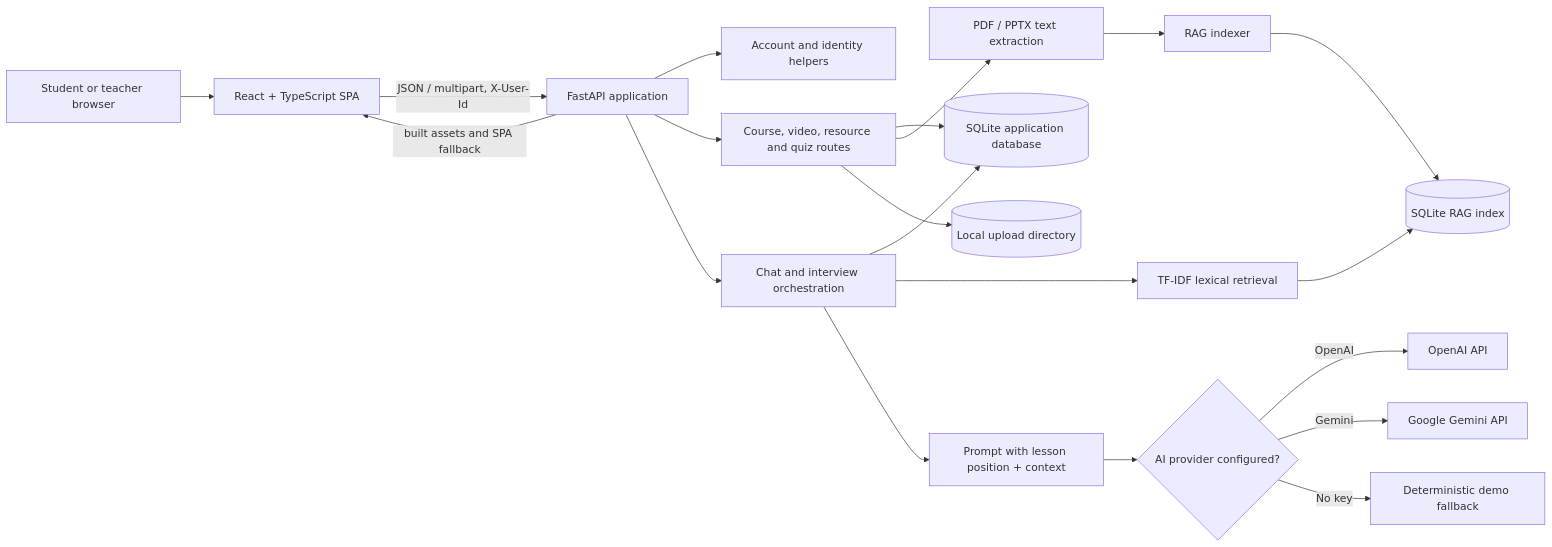
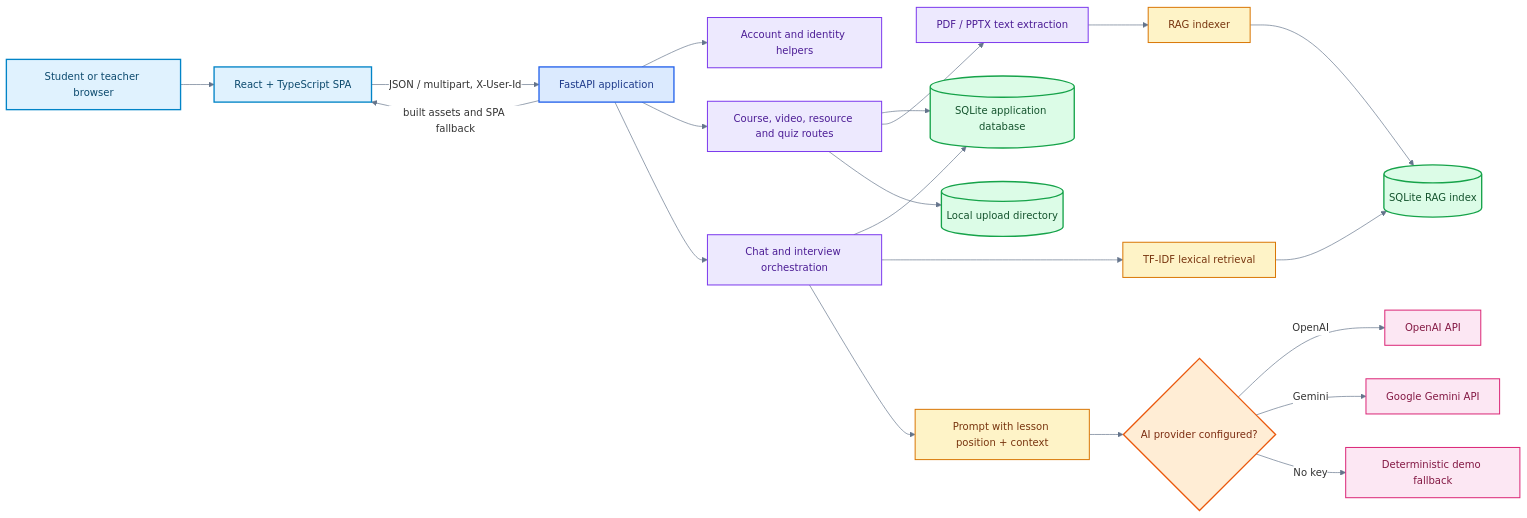
Before and after one commit to Shekhar-Kumar576/LearnSphere: the diagram in README.md, drawn with Mermaid.

````diff
--- a/README.md
+++ b/README.md
@@ -51,22 +51,38 @@
 ```mermaid
+%%{init: {"theme": "base", "themeVariables": {"fontFamily": "Inter, Segoe UI, sans-serif", "fontSize": "15px", "lineColor": "#64748b", "textColor": "#172033", "mainBkg": "#ffffff", "nodeBorder": "#cbd5e1", "clusterBkg": "#f8fafc", "clusterBorder": "#cbd5e1", "edgeLabelBackground": "#ffffff"}}}%%
 flowchart LR
     Learner[Student or teacher browser] --> UI[React + TypeScript SPA]
     UI -->|JSON / multipart, X-User-Id| API[FastAPI application]
     API --> Auth[Account and identity helpers]
     API --> Content[Course, video, resource and quiz routes]
     API --> Tutor[Chat and interview orchestration]
     Content --> DB[(SQLite application database)]
     Tutor --> DB
     Content --> Extract[PDF / PPTX text extraction]
     Extract --> RAGIndex[RAG indexer]
     RAGIndex --> RAGDB[(SQLite RAG index)]
     Tutor --> Retriever[TF-IDF lexical retrieval]
     Retriever --> RAGDB
     Tutor --> Prompt[Prompt with lesson position + context]
     Prompt --> Provider{AI provider configured?}
     Provider -->|OpenAI| OpenAI[OpenAI API]
     Provider -->|Gemini| Gemini[Google Gemini API]
     Provider -->|No key| Demo[Deterministic demo fallback]
     Content --> Files[(Local upload directory)]
     API -->|built assets and SPA fallback| UI
+
+    classDef client fill:#e0f2fe,stroke:#0284c7,color:#0c4a6e,stroke-width:2px;
+    classDef service fill:#dbeafe,stroke:#2563eb,color:#1e3a8a,stroke-width:2px;
+    classDef feature fill:#ede9fe,stroke:#7c3aed,color:#4c1d95,stroke-width:1.5px;
+    classDef storage fill:#dcfce7,stroke:#16a34a,color:#14532d,stroke-width:2px;
+    classDef retrieval fill:#fef3c7,stroke:#d97706,color:#78350f,stroke-width:1.5px;
+    classDef model fill:#fce7f3,stroke:#db2777,color:#831843,stroke-width:1.5px;
+    classDef decision fill:#ffedd5,stroke:#ea580c,color:#7c2d12,stroke-width:2px;
+    class Learner,UI client;
+    class API service;
+    class Auth,Content,Tutor,Extract feature;
+    class DB,RAGDB,Files storage;
+    class RAGIndex,Retriever,Prompt retrieval;
+    class Provider decision;
+    class OpenAI,Gemini,Demo model;
 ```
````
